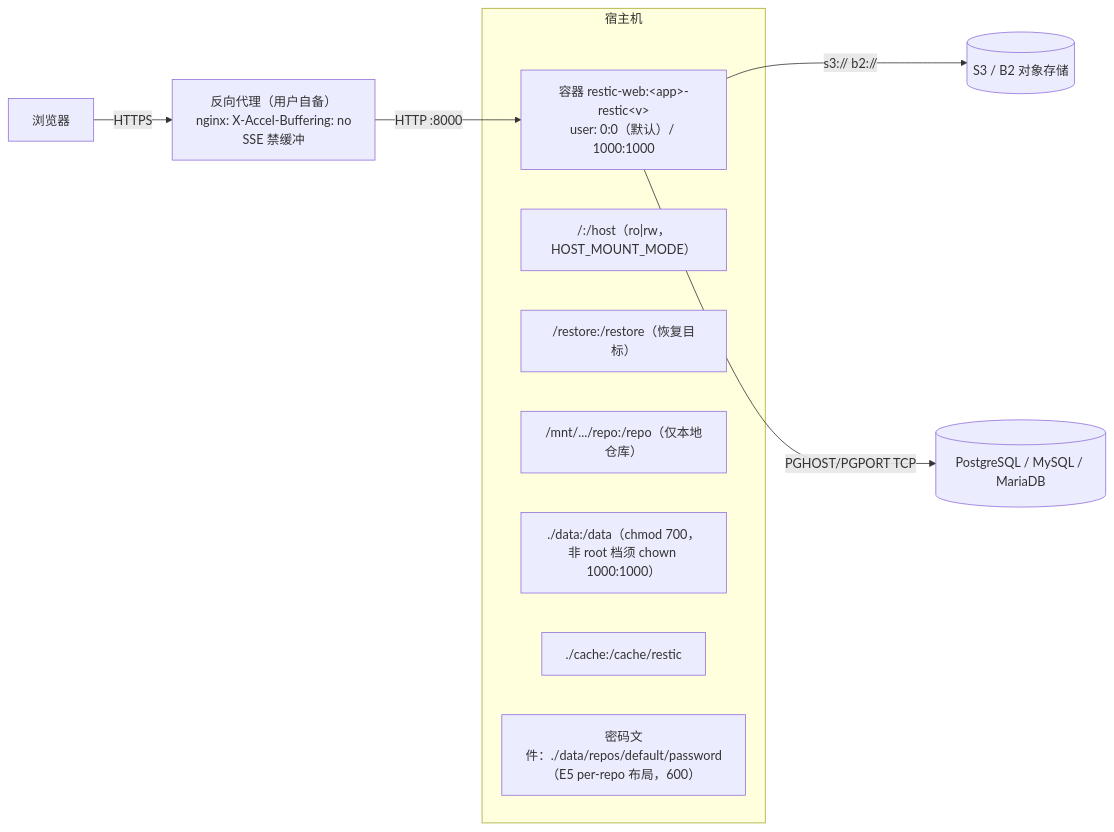
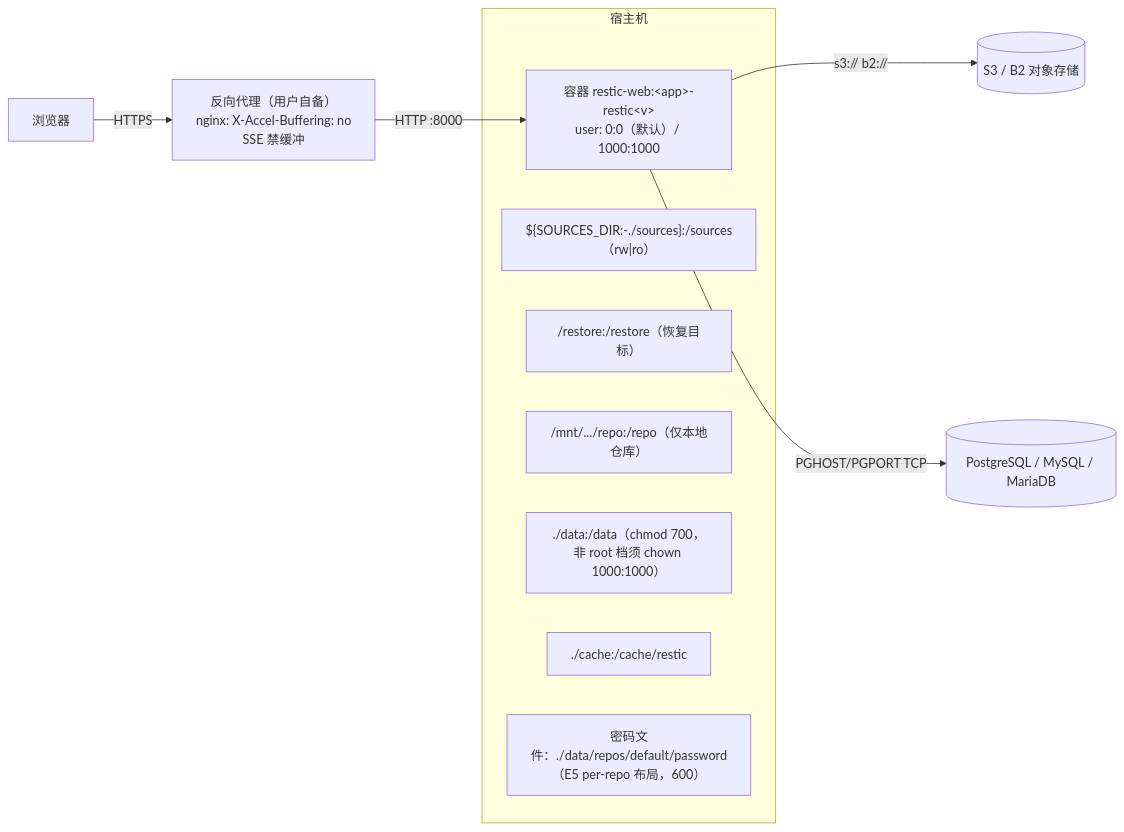
One commit to dolphin738/restic-docker-backup changed the second of 11 diagrams in web版/docs/架构设计文档.md. Above: the diagram before and after it, drawn with Mermaid. The commit also changed other lines of this file and 12 other files, not shown here.

````diff
--- a/web版/docs/架构设计文档.md
+++ b/web版/docs/架构设计文档.md
@@ -86,18 +87,18 @@
 ```mermaid
 graph LR
     U["浏览器"] -->|"HTTPS"| RP["反向代理（用户自备）<br/>nginx: X-Accel-Buffering: no<br/>SSE 禁缓冲"]
     RP -->|"HTTP :8000"| C["容器 restic-web:&lt;app&gt;-restic&lt;v&gt;<br/>user: 0:0（默认）/ 1000:1000"]
 
     subgraph HOST["宿主机"]
         C
-        M1["/:/host（ro|rw，HOST_MOUNT_MODE）"]
+        M1["${SOURCES_DIR:-./sources}:/sources（rw|ro）"]
         M2["/restore:/restore（恢复目标）"]
         M3["/mnt/.../repo:/repo（仅本地仓库）"]
         M4["./data:/data（chmod 700，非 root 档须 chown 1000:1000）"]
         M5["./cache:/cache/restic"]
         M6["密码文件：./data/repos/default/password（E5 per-repo 布局，600）"]
     end
 
     C -->|"s3:// b2://"| OBJ[("S3 / B2 对象存储")]
     C -->|"PGHOST/PGPORT TCP"| PGDB[("PostgreSQL / MySQL / MariaDB")]
 ```
````
